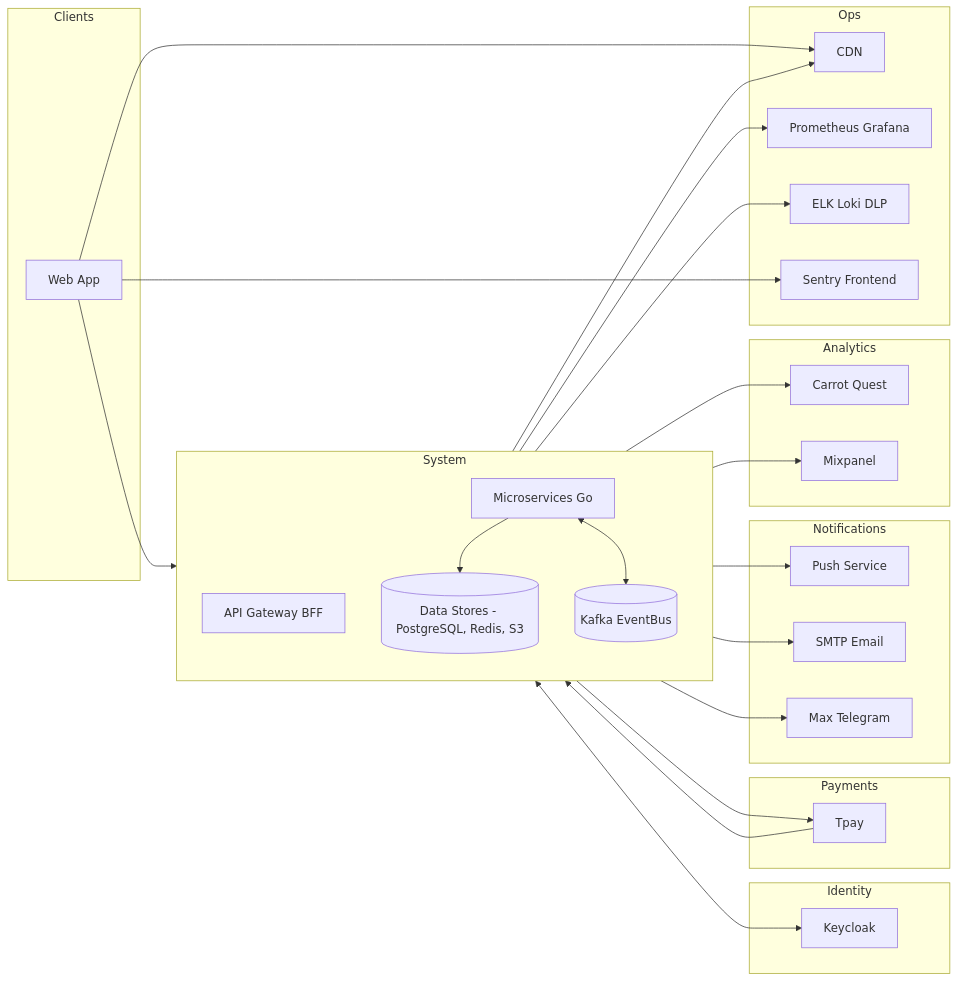
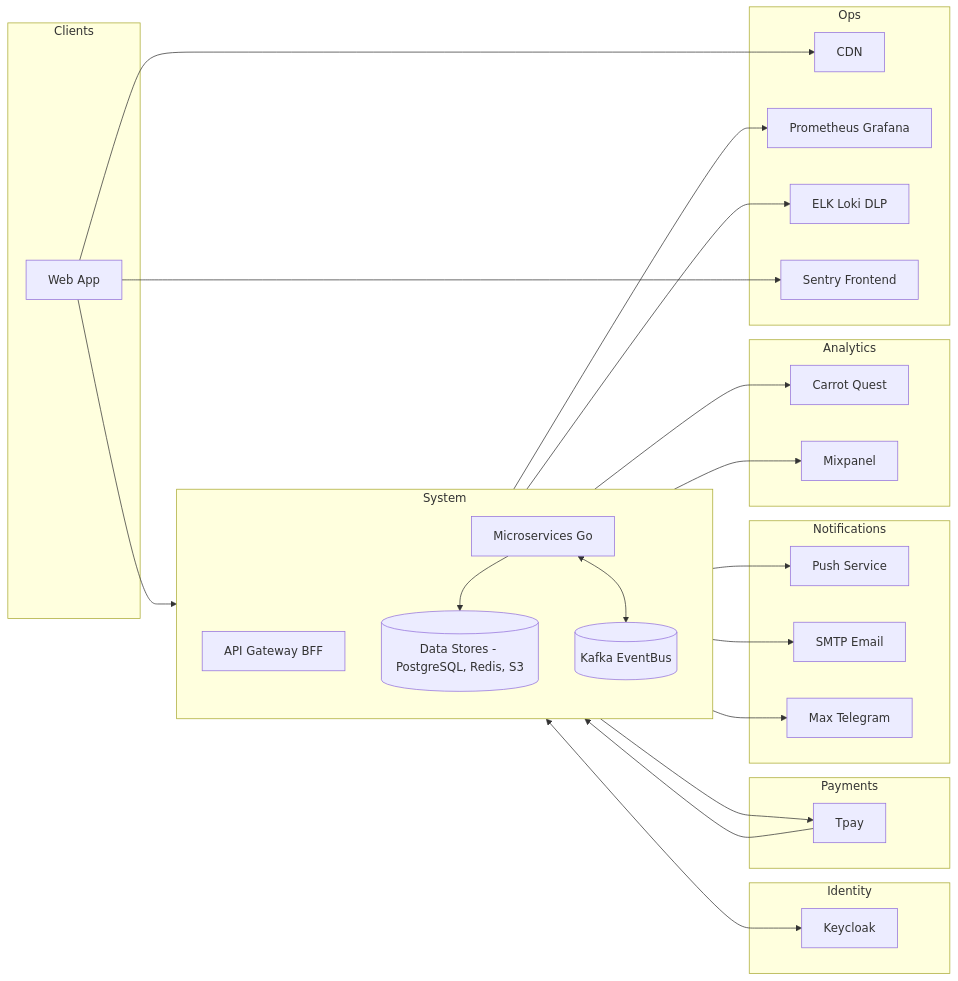
The diagram in Проектирование-ИС/03-Взаимосвязи-со-внешними-системами/README.md (dvsnin/interactive-whiteboard-docs), drawn with Mermaid before and after one commit.

Commit message:
[Проектирование-ИС] fix

````diff
--- a/Проектирование-ИС/03-Взаимосвязи-со-внешними-системами/README.md
+++ b/Проектирование-ИС/03-Взаимосвязи-со-внешними-системами/README.md
@@ -33,70 +33,69 @@
 ```mermaid
 flowchart LR
     %% Клиенты
     subgraph Clients[Clients]
         FE[Web App]
     end
 
     %% Слева: идентификация и платежи
     subgraph IdP[Identity]
         KC[Keycloak]
     end
 
     subgraph Pay[Payments]
         Tpay[Tpay]
     end
 
     %% Центр: система
     subgraph Core[System]
         direction TB
         Gateway[API Gateway BFF]
         Services[Microservices Go]
         Data[(Data Stores - PostgreSQL, Redis, S3)]
         Bus[(Kafka EventBus)]
     end
 
     %% Справа: уведомления, аналитика, ops
     subgraph Notify[Notifications]
         Push[Push Service]
         Mail[SMTP Email]
         Chats[Max Telegram]
     end
 
     subgraph Analytics[Analytics]
         Carrot[Carrot Quest]
         Mix[Mixpanel]
     end
 
     subgraph Ops[Ops]
         CDN[CDN]
         Mon[Prometheus Grafana]
         Logs[ELK Loki DLP]
         FEerr[Sentry Frontend]
     end
 
     %% Потоки
     FE --> Gateway
     Gateway <--> KC
 
     Services --> Tpay
     Tpay --> Services
 
     Services --> Data
     Services <--> Bus
 
     %% Уведомления и аналитика через EventBus
     Bus --> Push
     Bus --> Mail
     Bus --> Chats
     Bus --> Carrot
     Bus --> Mix
 
     %% CDN: клиент по presigned URL, origin — S3
     FE --> CDN
-    Data --> CDN
 
     %% Мониторинг и ошибки
     Services --> Mon
     Services --> Logs
     FE --> FEerr
 ```
````
